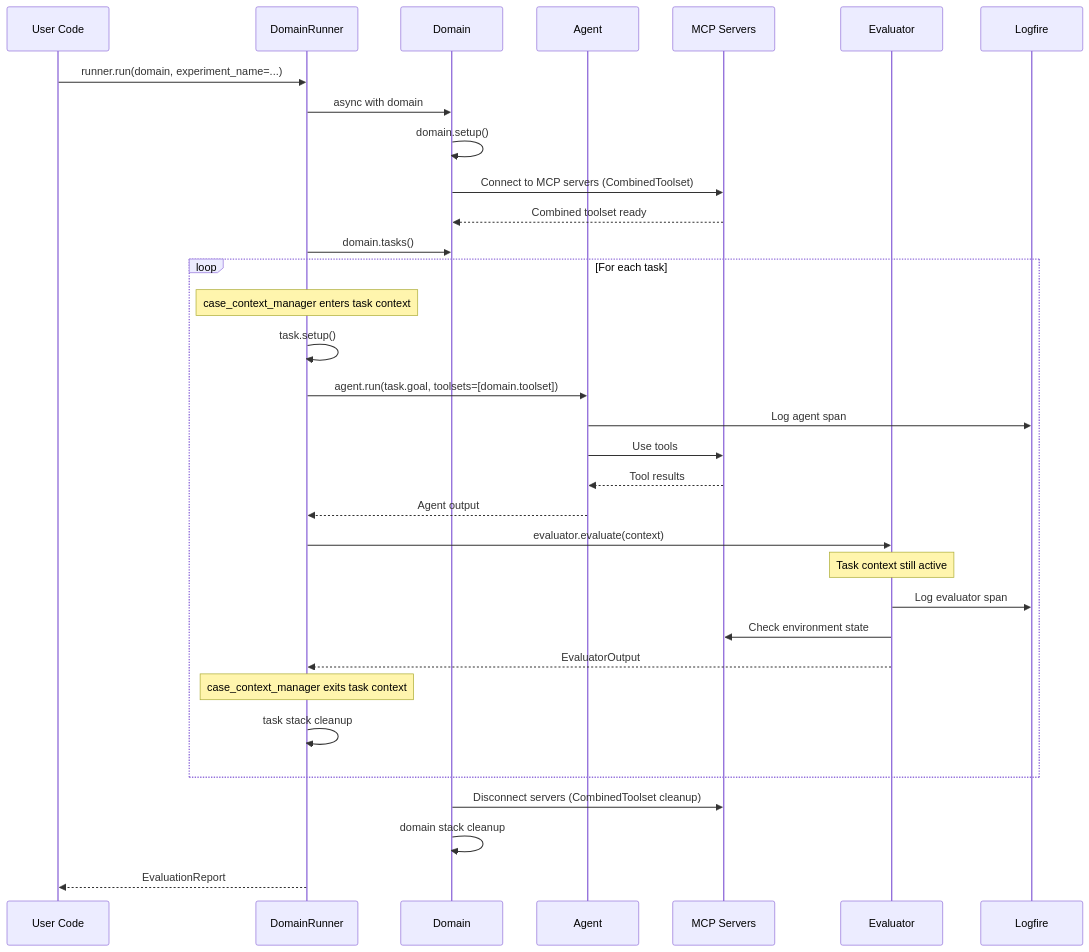
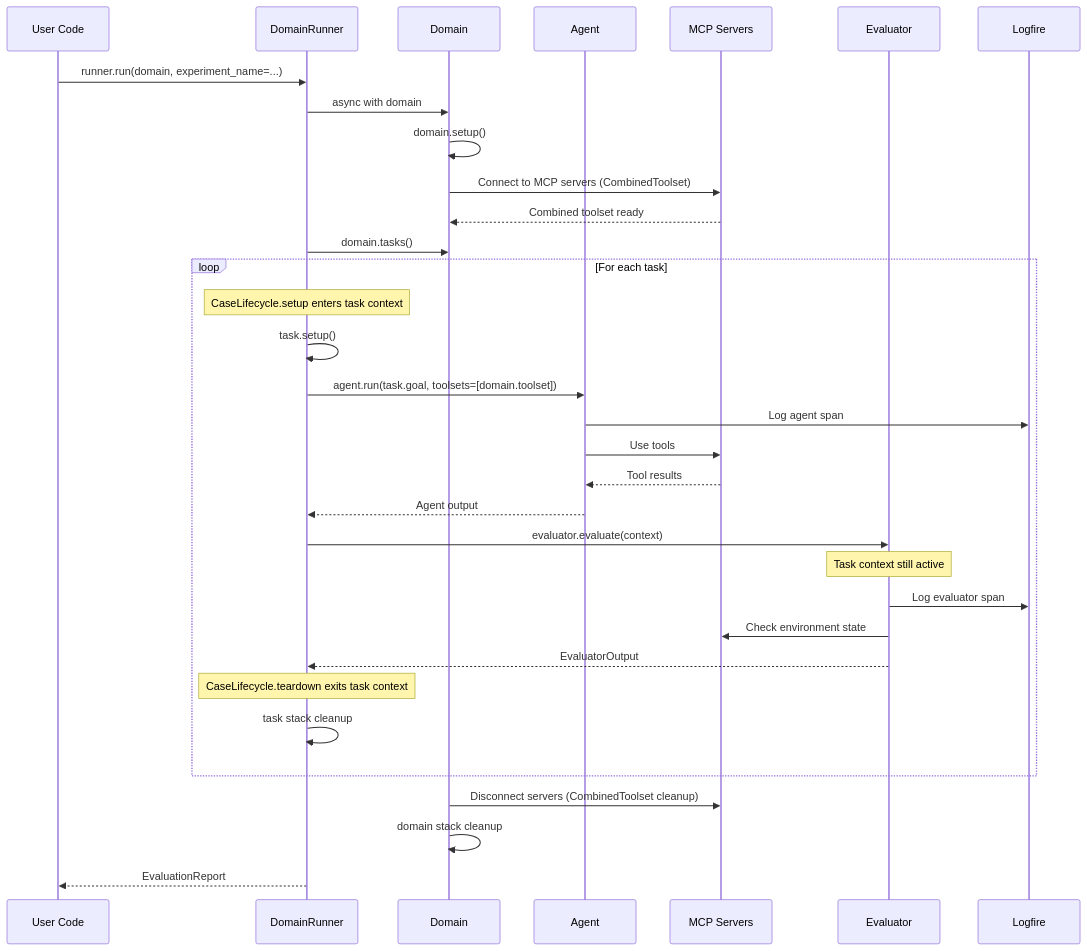
One commit to deeppavlov/mcp-evals changed the second of 3 diagrams in README.md. Above: the diagram before and after it, drawn with Mermaid. The commit also changed other lines of this file and 2 other files, not shown here.

````diff
--- a/README.md
+++ b/README.md
@@ -463,41 +463,41 @@
 ```mermaid
 sequenceDiagram
     participant U as User Code
     participant R as DomainRunner
     participant D as Domain
     participant A as Agent
     participant MCP as MCP Servers
     participant E as Evaluator
     participant LF as Logfire
 
     U->>R: runner.run(domain, experiment_name=...)
     
     R->>D: async with domain
     D->>D: domain.setup()
     D->>MCP: Connect to MCP servers (CombinedToolset)
     MCP-->>D: Combined toolset ready
     R->>D: domain.tasks()
     
     loop For each task
-        Note over R: case_context_manager enters task context
+        Note over R: CaseLifecycle.setup enters task context
         R->>R: task.setup()
         R->>A: agent.run(task.goal, toolsets=[domain.toolset])
         A->>LF: Log agent span
         A->>MCP: Use tools
         MCP-->>A: Tool results
         A-->>R: Agent output
         
         R->>E: evaluator.evaluate(context)
         Note over E: Task context still active
         E->>LF: Log evaluator span
         E->>MCP: Check environment state
         E-->>R: EvaluatorOutput
-        Note over R: case_context_manager exits task context
+        Note over R: CaseLifecycle.teardown exits task context
         R->>R: task stack cleanup
     end
 
     D->>MCP: Disconnect servers (CombinedToolset cleanup)
     D->>D: domain stack cleanup
     
     R-->>U: EvaluationReport
 ```
````
